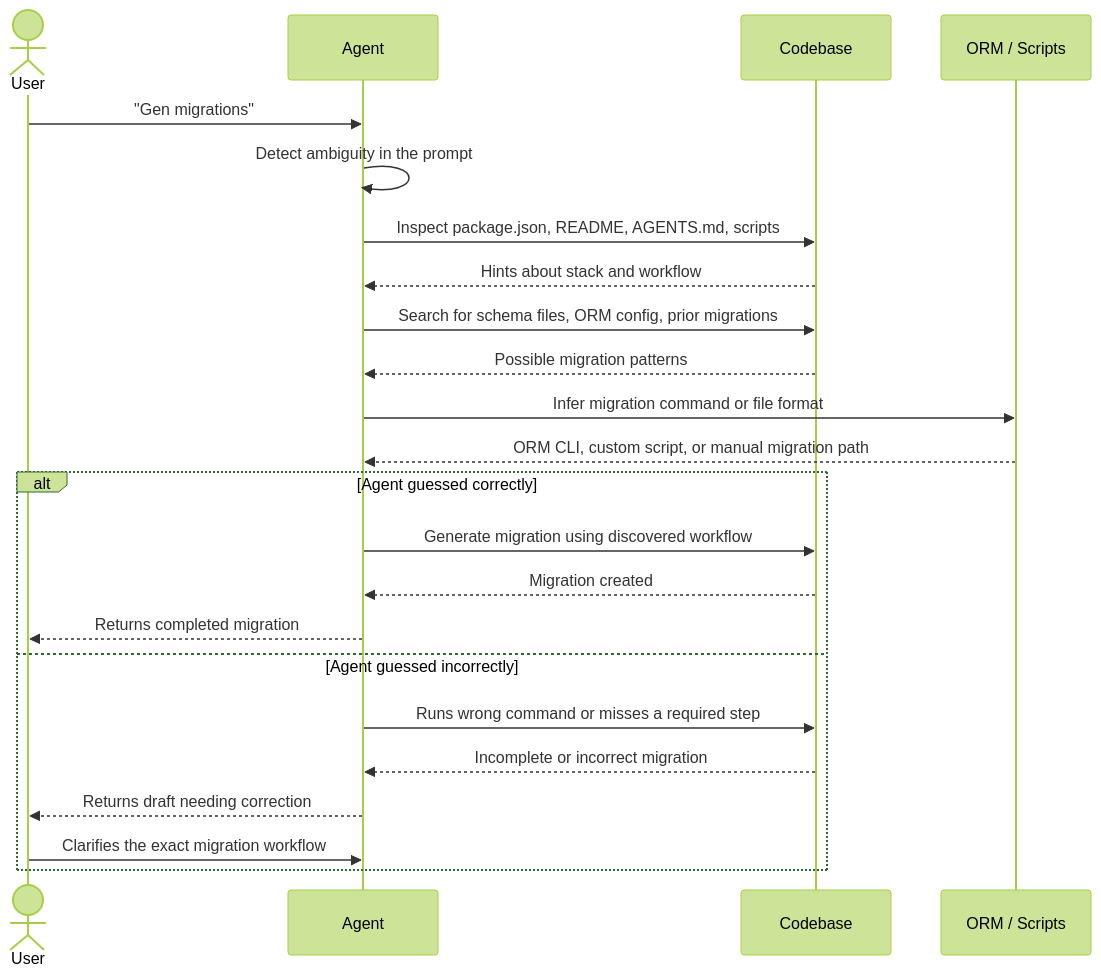
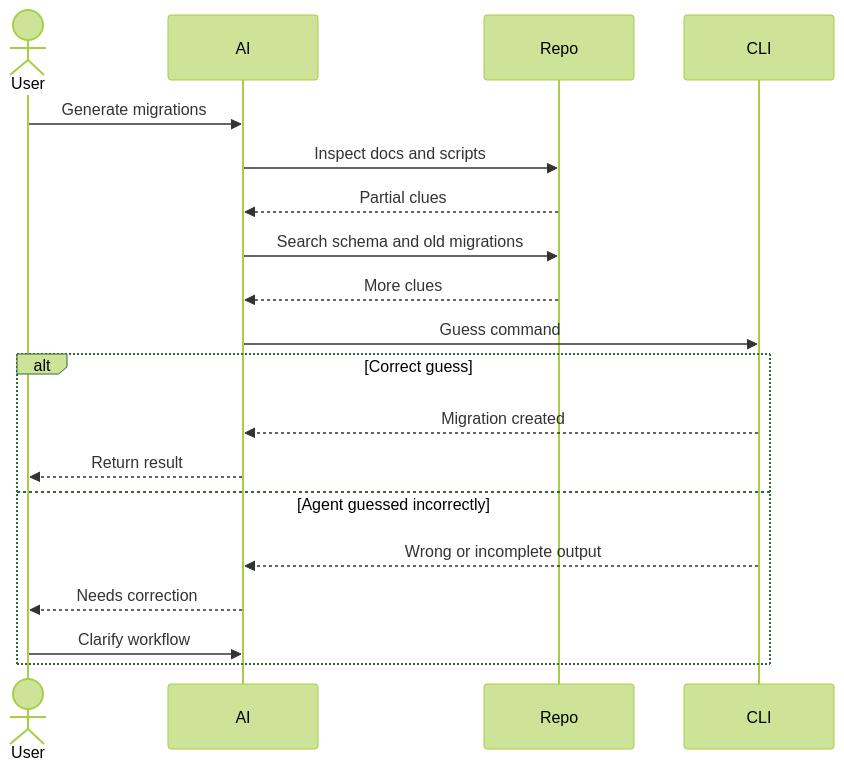
Before and after one commit to bevanmw/bevanwentzel: the second of 3 diagrams in src/content/the-skill-of-skills.mdx, drawn with Mermaid (forest theme). The commit also changed other lines of this file, not shown here.

Commit message:
fix: diagram tweaks

````diff
--- a/src/content/the-skill-of-skills.mdx
+++ b/src/content/the-skill-of-skills.mdx
@@ -88,26 +88,22 @@
 ```mermaid
 sequenceDiagram
     actor User
-    participant Agent
-    participant Codebase
-    participant Tooling as ORM / Scripts
+    participant AI
+    participant Repo
+    participant CLI
 
-    User->>Agent: "Gen migrations"
-    Agent->>Agent: Detect ambiguity in the prompt
-    Agent->>Codebase: Inspect package.json, README, AGENTS.md, scripts
-    Codebase-->>Agent: Hints about stack and workflow
-    Agent->>Codebase: Search for schema files, ORM config, prior migrations
-    Codebase-->>Agent: Possible migration patterns
-    Agent->>Tooling: Infer migration command or file format
-    Tooling-->>Agent: ORM CLI, custom script, or manual migration path
-    alt Agent guessed correctly
-        Agent->>Codebase: Generate migration using discovered workflow
-        Codebase-->>Agent: Migration created
-        Agent-->>User: Returns completed migration
+    User->>AI: Generate migrations
+    AI->>Repo: Inspect docs and scripts
+    Repo-->>AI: Partial clues
+    AI->>Repo: Search schema and old migrations
+    Repo-->>AI: More clues
+    AI->>CLI: Guess command
+    alt Correct guess
+        CLI-->>AI: Migration created
+        AI-->>User: Return result
     else Agent guessed incorrectly
-        Agent->>Codebase: Runs wrong command or misses a required step
-        Codebase-->>Agent: Incomplete or incorrect migration
-        Agent-->>User: Returns draft needing correction
-        User->>Agent: Clarifies the exact migration workflow
+        CLI-->>AI: Wrong or incomplete output
+        AI-->>User: Needs correction
+        User->>AI: Clarify workflow
     end
 ```
````
